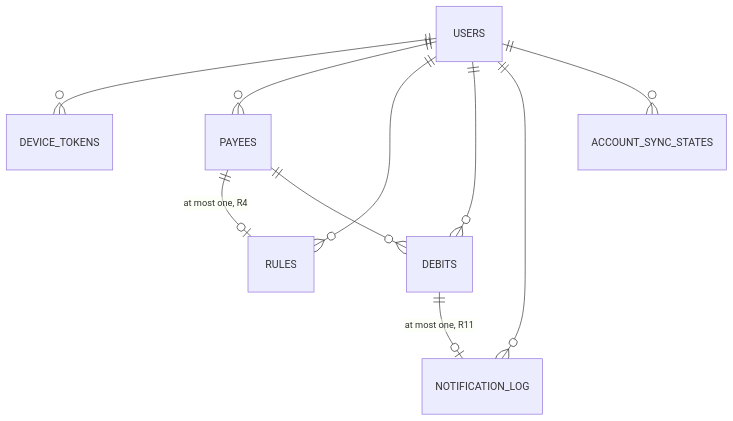
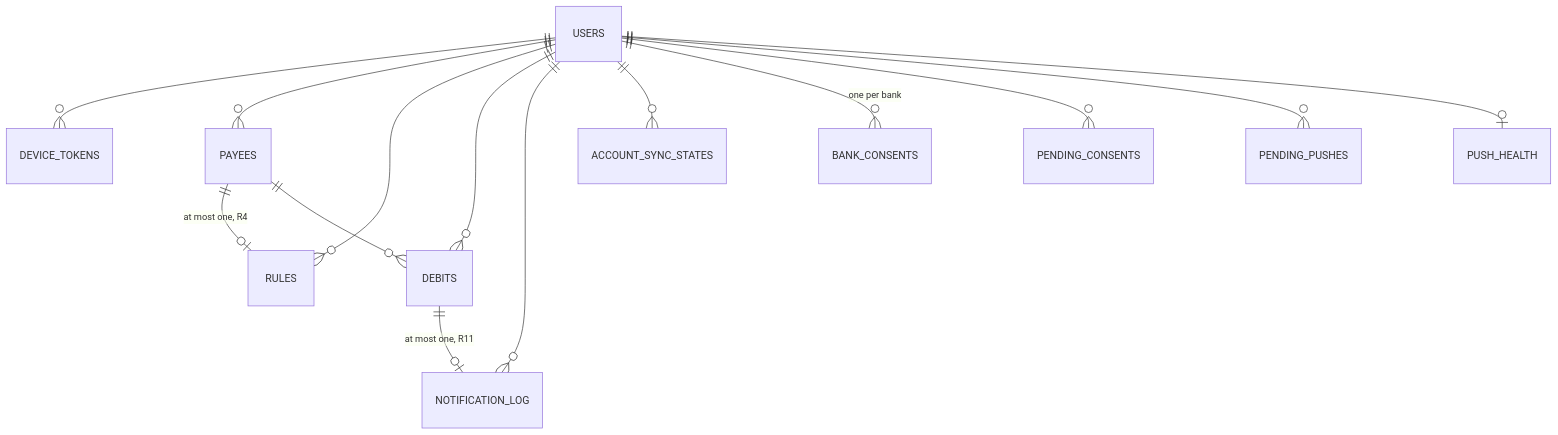
The second of 2 diagrams in ARCHITECTURE.md (adrachnev/greedy-nose), drawn with Mermaid before and after one commit. The commit also changed other lines of this file, not shown here.

First line of the commit message:
Docs cleanup step 4: ARCHITECTURE.md matches the as-built system (gn-tn2)

````diff
--- a/ARCHITECTURE.md
+++ b/ARCHITECTURE.md
@@ -113,12 +139,16 @@
 ```mermaid
 erDiagram
     USERS ||--o{ DEVICE_TOKENS : ""
     USERS ||--o{ PAYEES : ""
     USERS ||--o{ RULES : ""
     USERS ||--o{ DEBITS : ""
     USERS ||--o{ NOTIFICATION_LOG : ""
     USERS ||--o{ ACCOUNT_SYNC_STATES : ""
+    USERS ||--o{ BANK_CONSENTS : "one per bank"
+    USERS ||--o{ PENDING_CONSENTS : ""
+    USERS ||--o{ PENDING_PUSHES : ""
+    USERS ||--o| PUSH_HEALTH : ""
     PAYEES ||--o| RULES : "at most one, R4"
     PAYEES ||--o{ DEBITS : ""
     DEBITS ||--o| NOTIFICATION_LOG : "at most one, R11"
 ```
````
